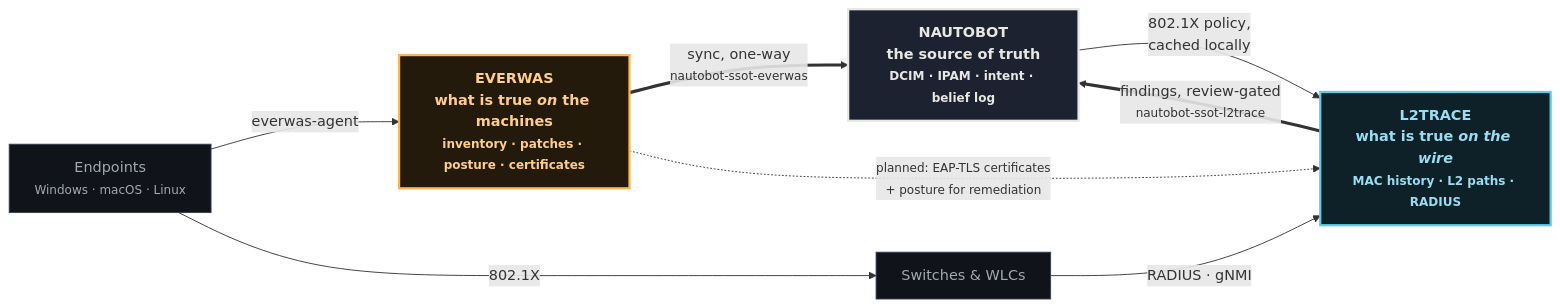
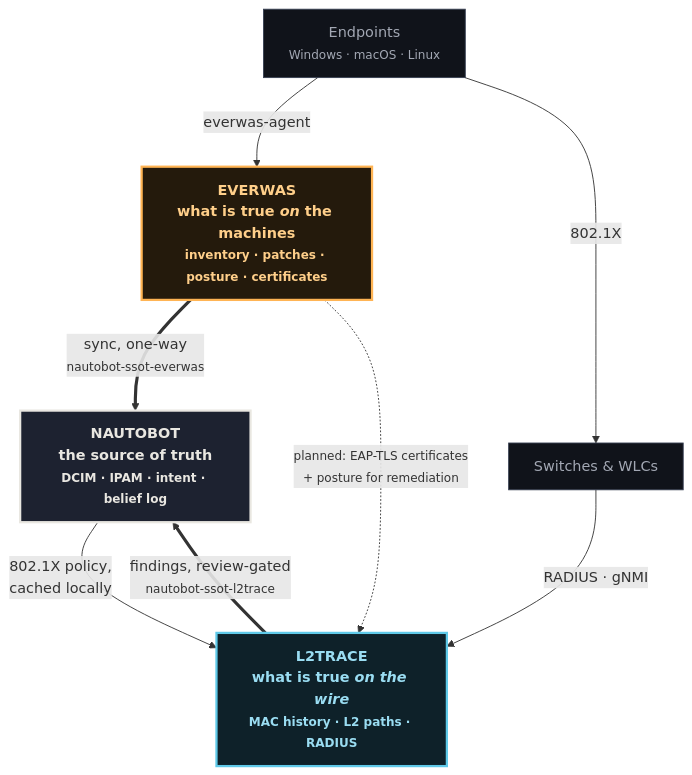
The second of 2 diagrams in docsite/src/content/docs/concepts/architecture.md (everwas/everwas), drawn with Mermaid before and after one commit.

Commit message:
The constellation stacks vertically and doubles in size
A wide layout shrinks to fit the content column; a tall one gets the
full width per rank. Same five nodes, now 773px of canvas instead of
a squint.

````diff
--- a/docsite/src/content/docs/concepts/architecture.md
+++ b/docsite/src/content/docs/concepts/architecture.md
@@ -99,24 +99,24 @@
 ```mermaid
-%%{init: {"flowchart": {"nodeSpacing": 60, "rankSpacing": 90, "curve": "basis", "padding": 14}, "themeVariables": {"fontSize": "16px"}}}%%
-flowchart LR
+%%{init: {"flowchart": {"nodeSpacing": 70, "rankSpacing": 75, "curve": "basis", "padding": 14}, "themeVariables": {"fontSize": "16px"}}}%%
+flowchart TB
   classDef amber fill:#241a0c,stroke:#ffb454,stroke-width:2.5px,color:#ffcf8a,font-weight:bold
   classDef cyan fill:#0e2129,stroke:#5fc9e8,stroke-width:2.5px,color:#9addf2,font-weight:bold
   classDef truth fill:#1d2230,stroke:#e9e7e1,stroke-width:2.5px,color:#e9e7e1,font-weight:bold
   classDef edge fill:#10131a,stroke:#384053,color:#a3a8b4
 
   EP["Endpoints<br/><small>Windows · macOS · Linux</small>"]:::edge
   SW["Switches & WLCs"]:::edge
 
   EW["<b>EVERWAS</b><br/>what is true <i>on</i> the machines<br/><small>inventory · patches · posture · certificates</small>"]:::amber
   L2["<b>L2TRACE</b><br/>what is true <i>on the wire</i><br/><small>MAC history · L2 paths · RADIUS</small>"]:::cyan
   NB["<b>NAUTOBOT</b><br/>the source of truth<br/><small>DCIM · IPAM · intent · belief log</small>"]:::truth
 
   EP -->|"everwas-agent"| EW
   EP -->|"802.1X"| SW
   SW -->|"RADIUS · gNMI"| L2
 
   EW ==>|"sync, one-way<br/><small>nautobot-ssot-everwas</small>"| NB
   L2 ==>|"findings, review-gated<br/><small>nautobot-ssot-l2trace</small>"| NB
   NB -->|"802.1X policy,<br/>cached locally"| L2
   EW -.->|"<small>planned: EAP-TLS certificates<br/>+ posture for remediation</small>"| L2
 ```
````
